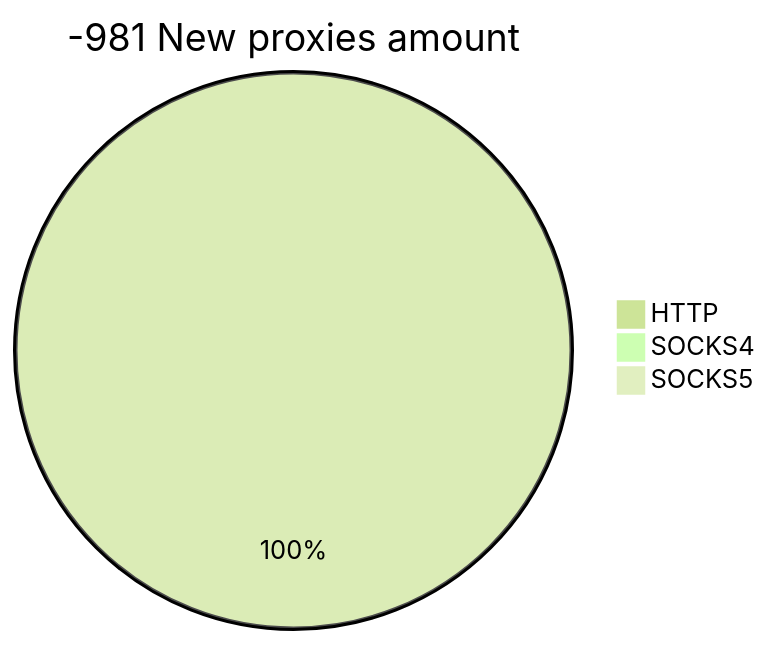
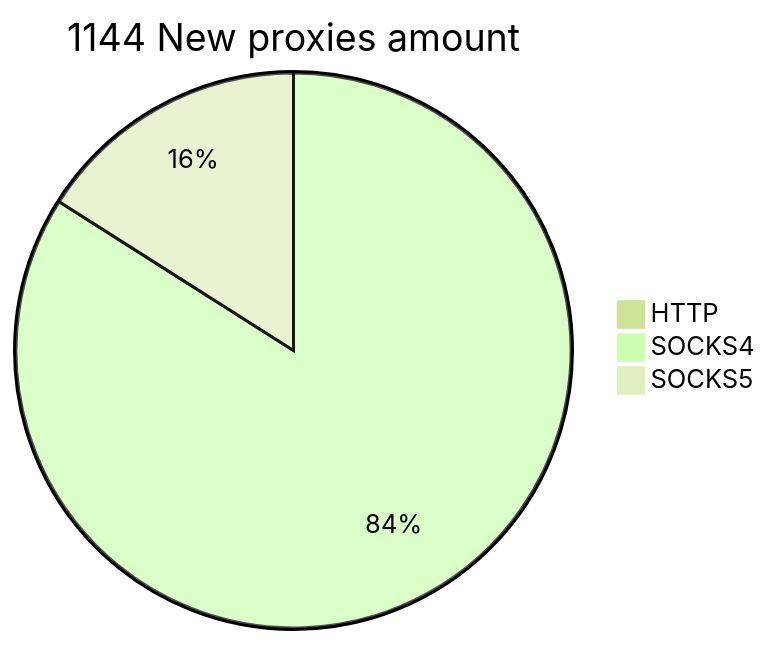
Before and after one commit to cutipu/proxylist: the second of 2 diagrams in README.md, drawn with Mermaid (forest theme). The commit also changed other lines of this file, not shown here.

````diff
--- a/README.md
+++ b/README.md
@@ -10,6 +10,6 @@
 ```mermaid
-pie title -981 New proxies amount
-    "HTTP" : 67
-    "SOCKS4" : 0
-    "SOCKS5" : 0
+pie title 1144 New proxies amount
+    "HTTP" : 0
+    "SOCKS4" : 966
+    "SOCKS5" : 184
 ```
````
